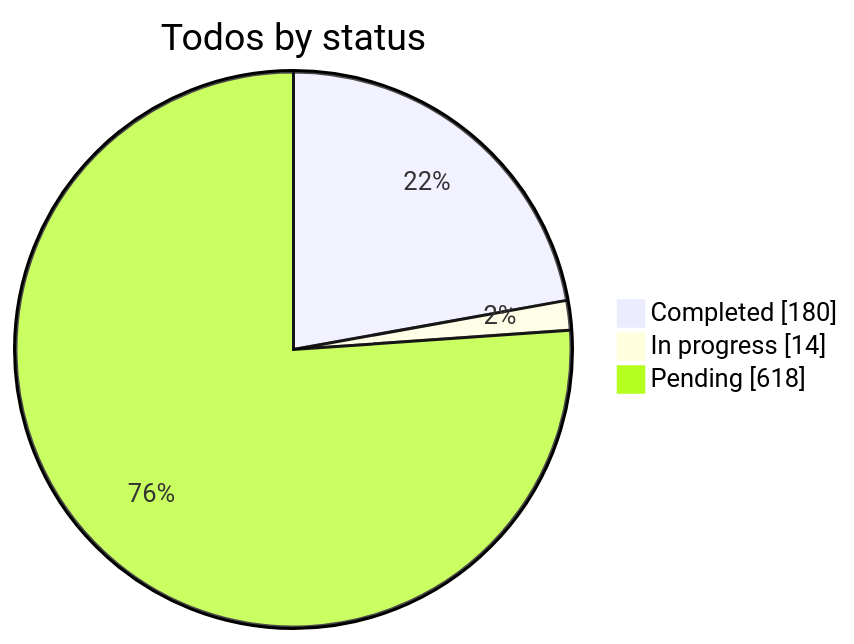
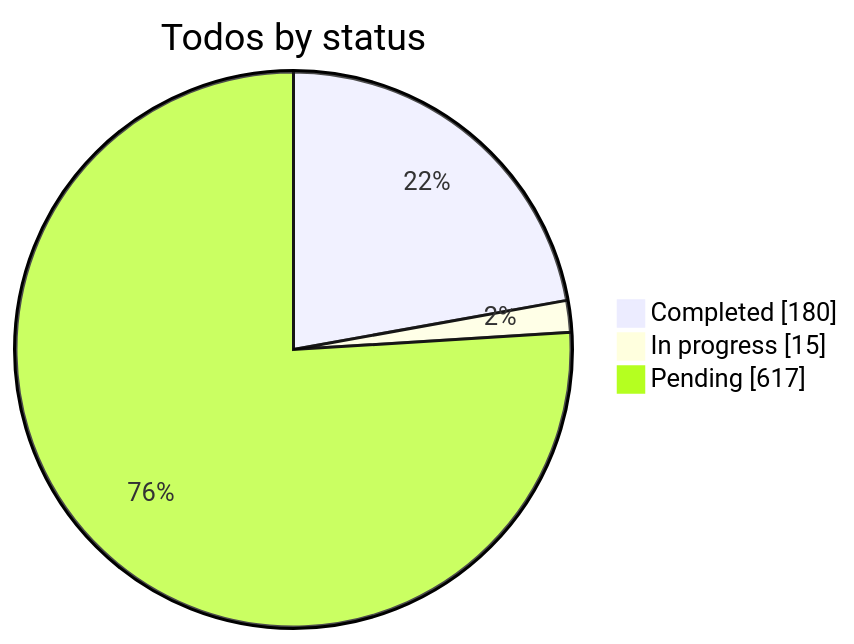
One commit to KantaPaul/next-cms changed the first of 6 diagrams in .cursor/plans/combined_cms_refs_f96163bc.plan.md. Above: the diagram before and after it, drawn with Mermaid. The commit also changed other lines of this file and 5 other files, not shown here.

````diff
--- a/.cursor/plans/combined_cms_refs_f96163bc.plan.md
+++ b/.cursor/plans/combined_cms_refs_f96163bc.plan.md
@@ -2463,6 +2463,6 @@
 ```mermaid
 pie showData title Todos by status
   "Completed" : 180
-  "In progress" : 14
-  "Pending" : 618
+  "In progress" : 15
+  "Pending" : 617
 ```
````
